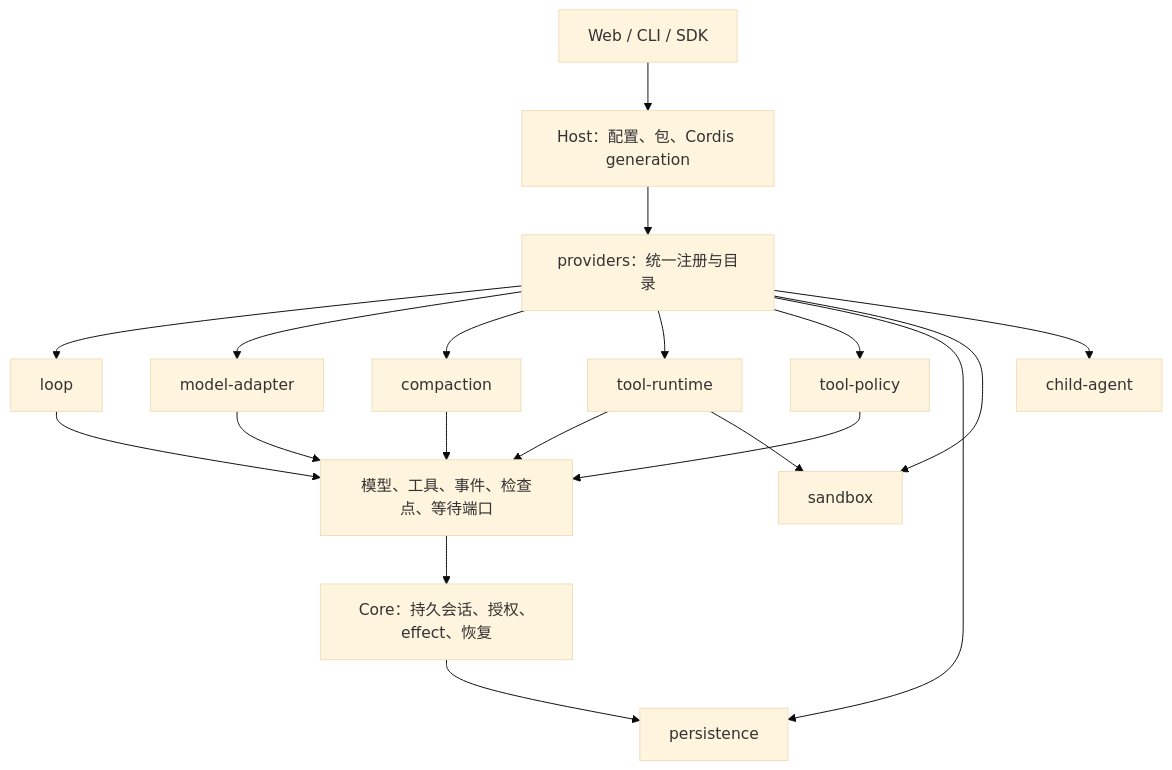
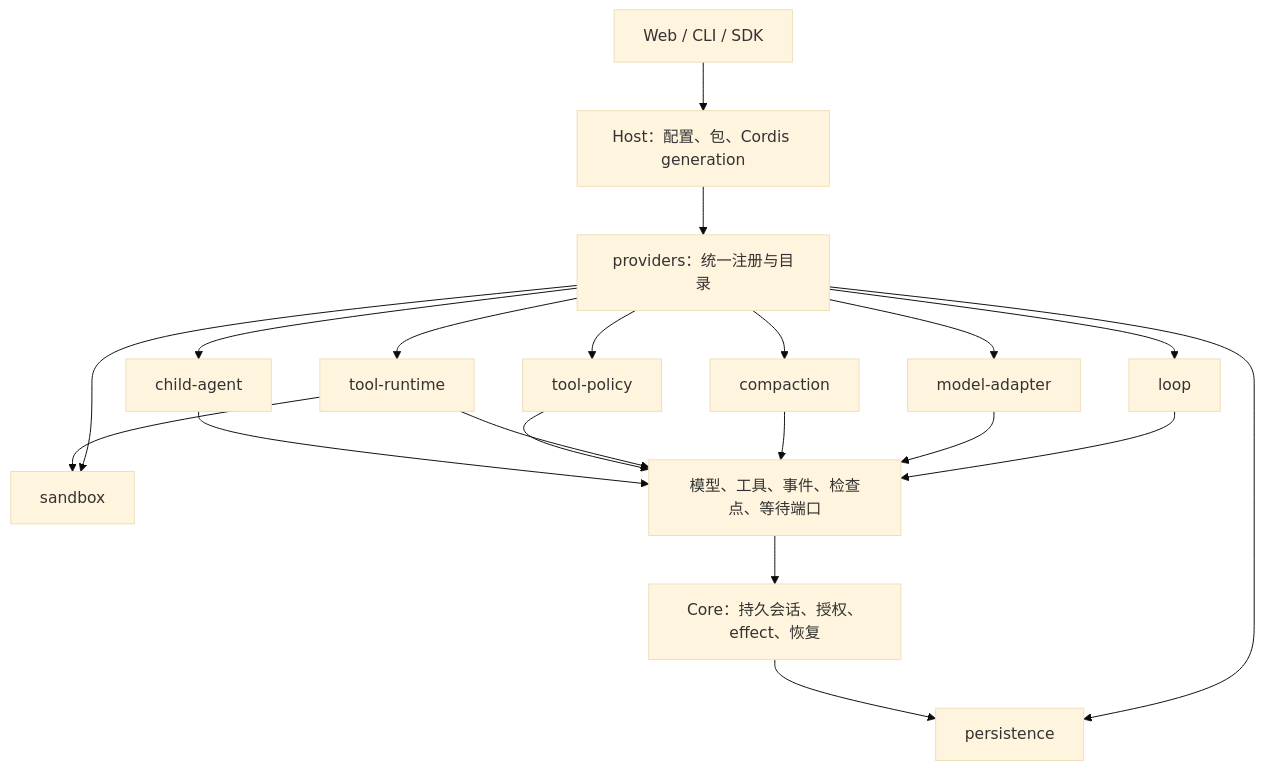
Before and after one commit to AgnesAI-Labs/agnes-harness: the diagram in docs/develop/architecture-plugins.zh-CN.md, drawn with Mermaid (base theme). The commit also changed other lines of this file and 1 other file, not shown here.

Commit message:
docs: include child agent providers in the architecture

````diff
--- a/docs/develop/architecture-plugins.zh-CN.md
+++ b/docs/develop/architecture-plugins.zh-CN.md
@@ -9,21 +9,22 @@
 ```mermaid
 flowchart TD
   Clients[Web / CLI / SDK] --> Host[Host：配置、包、Cordis generation]
   Host --> Registry[providers：统一注册与目录]
   Registry --> Loop[loop]
   Registry --> Model[model-adapter]
   Registry --> Compact[compaction]
   Registry --> Runtime[tool-runtime]
   Registry --> Policy[tool-policy]
   Registry --> Store[persistence]
   Registry --> Sandbox[sandbox]
   Registry --> Children[child-agent]
   Loop --> Ports[模型、工具、事件、检查点、等待端口]
   Model --> Ports
   Compact --> Ports
   Runtime --> Ports
   Policy --> Ports
+  Children --> Ports
   Ports --> Core[Core：持久会话、授权、effect、恢复]
   Core --> Store
   Runtime --> Sandbox
 ```
````
